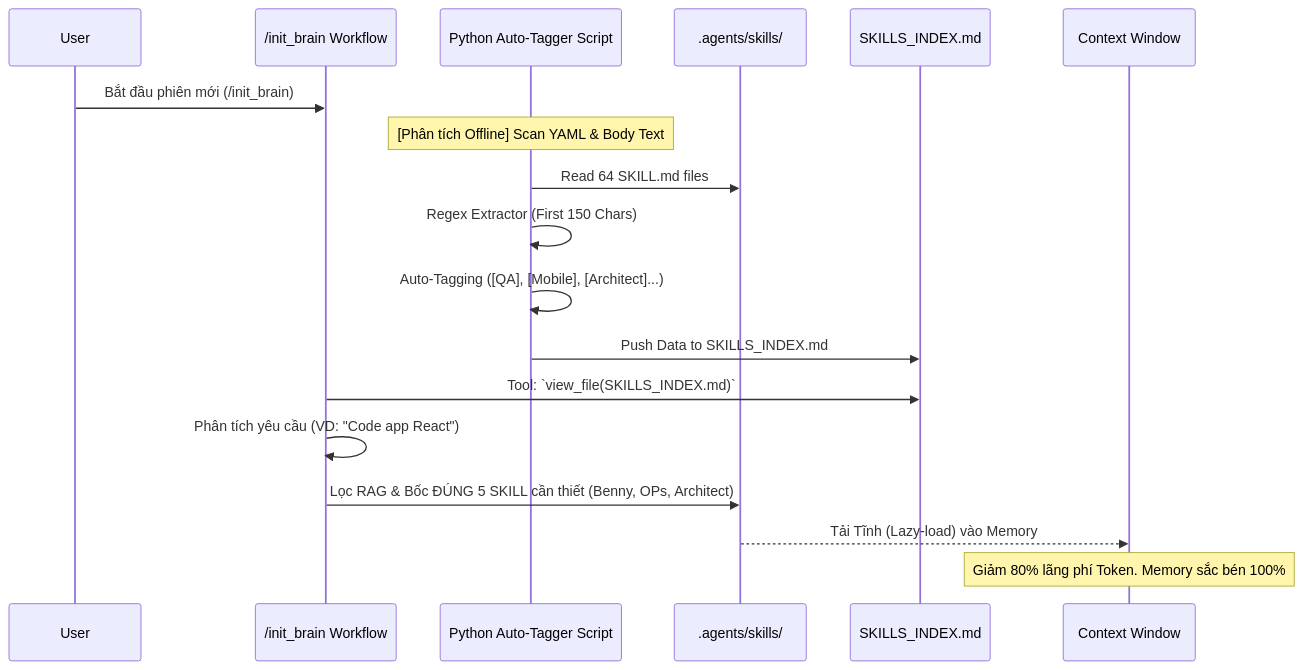
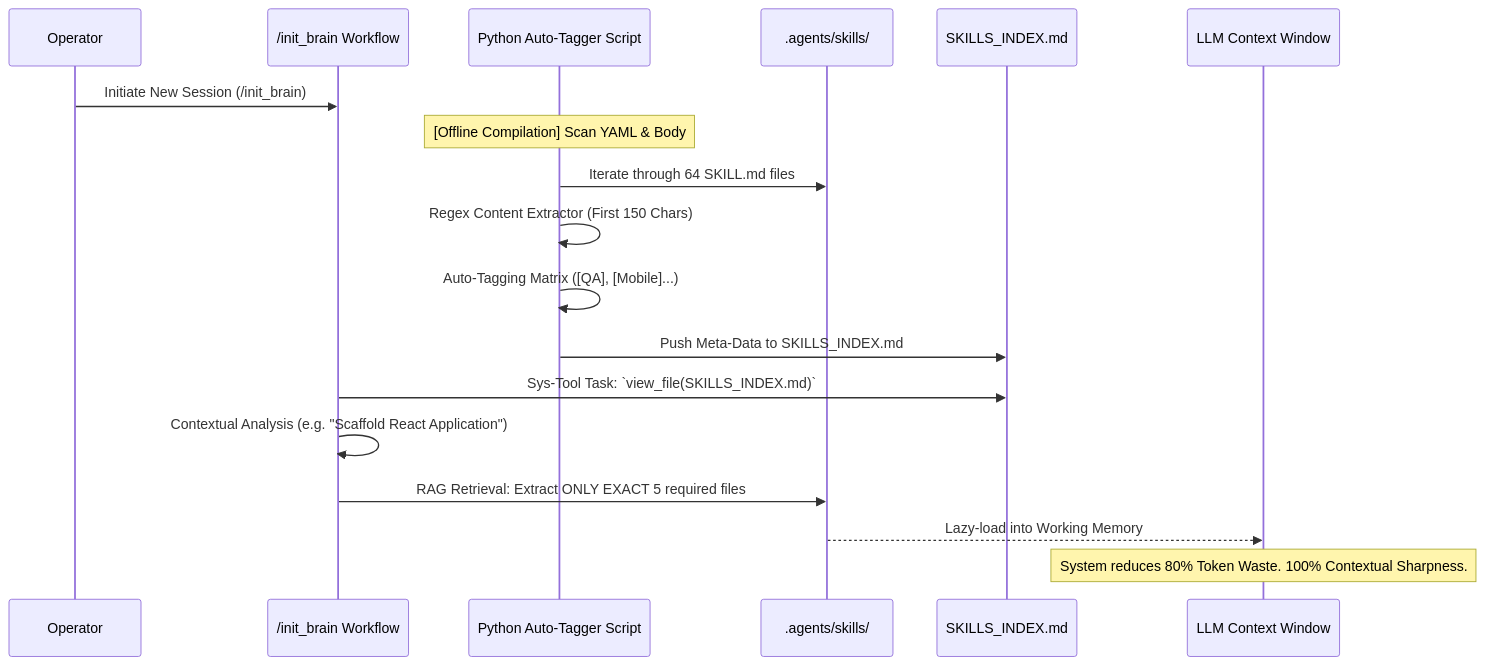
One commit to huudangdev/.agents changed the first of 3 diagrams in V29.1_RELEASE_NOTES.md. Above: the diagram before and after it, drawn with Mermaid. The commit also changed other lines of this file and 2 other files, not shown here.

````diff
--- a/V29.1_RELEASE_NOTES.md
+++ b/V29.1_RELEASE_NOTES.md
@@ -35,22 +35,22 @@
 ```mermaid
 sequenceDiagram
-    participant User
+    participant User as Operator
     participant InitBrain as /init_brain Workflow
     participant Crawler as Python Auto-Tagger Script
     participant SkillDir as .agents/skills/
     participant Index as SKILLS_INDEX.md
-    participant LLM_Context as Context Window
+    participant LLM_Context as LLM Context Window
 
-    User->>InitBrain: Bắt đầu phiên mới (/init_brain)
-    Note over Crawler: [Phân tích Offline] Scan YAML & Body Text
-    Crawler->>SkillDir: Read 64 SKILL.md files
-    Crawler->>Crawler: Regex Extractor (First 150 Chars)
-    Crawler->>Crawler: Auto-Tagging ([QA], [Mobile], [Architect]...)
-    Crawler->>Index: Push Data to SKILLS_INDEX.md
+    User->>InitBrain: Initiate New Session (/init_brain)
+    Note over Crawler: [Offline Compilation] Scan YAML & Body
+    Crawler->>SkillDir: Iterate through 64 SKILL.md files
+    Crawler->>Crawler: Regex Content Extractor (First 150 Chars)
+    Crawler->>Crawler: Auto-Tagging Matrix ([QA], [Mobile]...)
+    Crawler->>Index: Push Meta-Data to SKILLS_INDEX.md
     
-    InitBrain->>Index: Tool: `view_file(SKILLS_INDEX.md)`
-    InitBrain->>InitBrain: Phân tích yêu cầu (VD: "Code app React")
-    InitBrain->>SkillDir: Lọc RAG & Bốc ĐÚNG 5 SKILL cần thiết (Benny, OPs, Architect)
-    SkillDir-->>LLM_Context: Tải Tĩnh (Lazy-load) vào Memory
-    Note over LLM_Context: Giảm 80% lãng phí Token. Memory sắc bén 100%
+    InitBrain->>Index: Sys-Tool Task: `view_file(SKILLS_INDEX.md)`
+    InitBrain->>InitBrain: Contextual Analysis (e.g. "Scaffold React Application")
+    InitBrain->>SkillDir: RAG Retrieval: Extract ONLY EXACT 5 required files
+    SkillDir-->>LLM_Context: Lazy-load into Working Memory
+    Note over LLM_Context: System reduces 80% Token Waste. 100% Contextual Sharpness.
 ```
````
